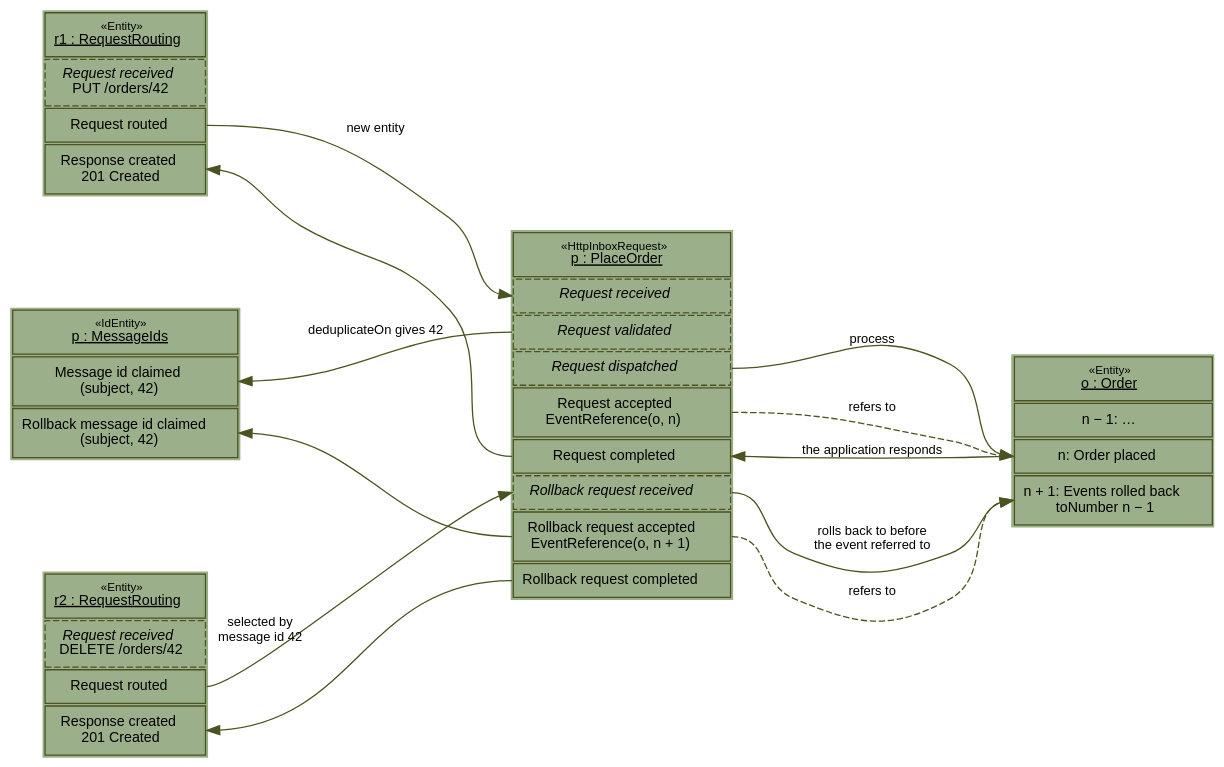
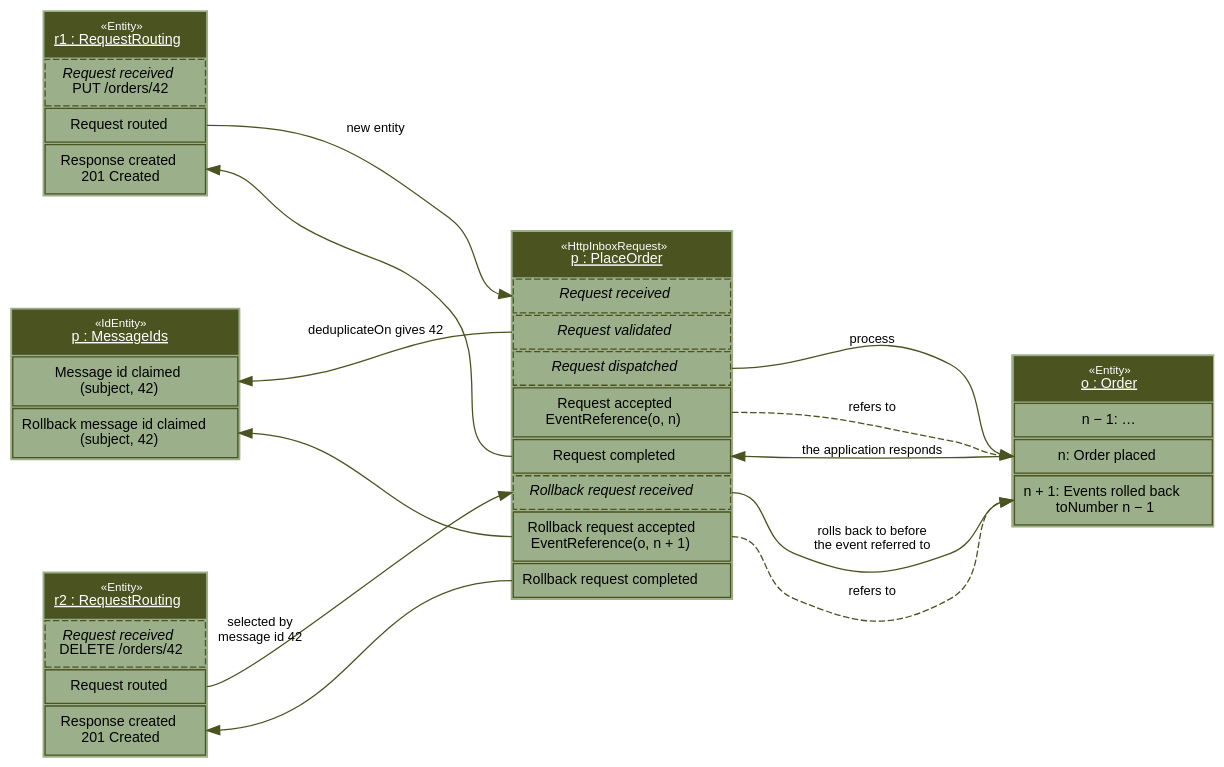
The diagram in doc-diagrams/src/main/resources/com/github/thxmasj/backend/docdiagrams/http-inbox-rollback.dot (the-backend-project/tits), drawn with Graphviz before and after one commit.

Commit message:
Set the headers of the rollback diagram apart from the events
The header of each entity in the rollback diagram is filled with the
colour of the borders, in white, so that it stands out from the events
under it.

```diff
--- a/doc-diagrams/src/main/resources/com/github/thxmasj/backend/docdiagrams/http-inbox-rollback.dot
+++ b/doc-diagrams/src/main/resources/com/github/thxmasj/backend/docdiagrams/http-inbox-rollback.dot
@@ -1,72 +1,72 @@
 // How a rollback finds a request of an inbox request, and the events the request caused on the application. Each
 // entity is a stack of its events, oldest on top, under its entity id and entity model in UML object notation, with
 // the kind of entity as a stereotype. An event with a dashed border, in italics, leads to a choice, and is not stored:
 // only the event of the chosen transition is. Solid arrows are triggers, dashed arrows event references. The colours
-// are those of the other diagrams.
+// are those of the other diagrams, with the headers in the colour of the borders.
 digraph rollback {
   graph [rankdir=LR, nodesep=0.6, ranksep=1.3, fontname="Helvetica", bgcolor="transparent"]
   node [shape=plain, fontname="Helvetica", fontsize=11]
   edge [fontname="Helvetica", fontsize=10, color="#4b5320", fontcolor="#000000"]
 
   put [label=<
     <table border="0" cellborder="1" cellspacing="2" cellpadding="6" bgcolor="#9bb08a" color="#4b5320">
-      <tr><td><font point-size="9">«Entity»</font><br/><u>r1 : RequestRouting</u></td></tr>
+      <tr><td bgcolor="#4b5320"><font color="#ffffff"><font point-size="9">«Entity»</font><br/><u>r1 : RequestRouting</u></font></td></tr>
       <tr><td port="received" style="dashed"><i>Request received</i><br/>PUT /orders/42</td></tr>
       <tr><td port="routed">Request routed</td></tr>
       <tr><td port="response">Response created<br/>201 Created</td></tr>
     </table>>]
 
   delete [label=<
     <table border="0" cellborder="1" cellspacing="2" cellpadding="6" bgcolor="#9bb08a" color="#4b5320">
-      <tr><td><font point-size="9">«Entity»</font><br/><u>r2 : RequestRouting</u></td></tr>
+      <tr><td bgcolor="#4b5320"><font color="#ffffff"><font point-size="9">«Entity»</font><br/><u>r2 : RequestRouting</u></font></td></tr>
       <tr><td port="received" style="dashed"><i>Request received</i><br/>DELETE /orders/42</td></tr>
       <tr><td port="routed">Request routed</td></tr>
       <tr><td port="response">Response created<br/>201 Created</td></tr>
     </table>>]
 
   request [label=<
     <table border="0" cellborder="1" cellspacing="2" cellpadding="6" bgcolor="#9bb08a" color="#4b5320">
-      <tr><td port="header"><font point-size="9">«HttpInboxRequest»</font><br/><u>p : PlaceOrder</u></td></tr>
+      <tr><td port="header" bgcolor="#4b5320"><font color="#ffffff"><font point-size="9">«HttpInboxRequest»</font><br/><u>p : PlaceOrder</u></font></td></tr>
       <tr><td port="received" style="dashed"><i>Request received</i></td></tr>
       <tr><td port="claim" style="dashed"><i>Request validated</i></td></tr>
       <tr><td port="dispatched" style="dashed"><i>Request dispatched</i></td></tr>
       <tr><td port="accepted">Request accepted<br/>EventReference(o, n)</td></tr>
       <tr><td port="completed">Request completed</td></tr>
       <tr><td port="rb_received" style="dashed"><i>Rollback request received</i></td></tr>
       <tr><td port="rb_accepted">Rollback request accepted<br/>EventReference(o, n + 1)</td></tr>
       <tr><td port="rb_completed">Rollback request completed</td></tr>
     </table>>]
 
   ids [label=<
     <table border="0" cellborder="1" cellspacing="2" cellpadding="6" bgcolor="#9bb08a" color="#4b5320">
-      <tr><td port="header"><font point-size="9">«IdEntity»</font><br/><u>p : MessageIds</u></td></tr>
+      <tr><td port="header" bgcolor="#4b5320"><font color="#ffffff"><font point-size="9">«IdEntity»</font><br/><u>p : MessageIds</u></font></td></tr>
       <tr><td port="claimed">Message id claimed<br/>(subject, 42)</td></tr>
       <tr><td port="rb_claimed">Rollback message id claimed<br/>(subject, 42)</td></tr>
     </table>>]
 
   order [label=<
     <table border="0" cellborder="1" cellspacing="2" cellpadding="6" bgcolor="#9bb08a" color="#4b5320">
-      <tr><td><font point-size="9">«Entity»</font><br/><u>o : Order</u></td></tr>
+      <tr><td bgcolor="#4b5320"><font color="#ffffff"><font point-size="9">«Entity»</font><br/><u>o : Order</u></font></td></tr>
       <tr><td port="before">n − 1: …</td></tr>
       <tr><td port="placed">n: Order placed</td></tr>
       <tr><td port="rolled_back">n + 1: Events rolled back<br/>toNumber n − 1</td></tr>
     </table>>]
 
   // Triggers
   put:routed:e -> request:received:w [label="new entity"]
   delete:routed:e -> request:rb_received:w [taillabel="selected by\nmessage id 42", labelangle=30, labeldistance=6]
   request:dispatched:e -> order:placed:w [label="process"]
   request:rb_received:e -> order:rolled_back:w [label="rolls back to before\nthe event referred to"]
   // Triggers against the direction of the layout are drawn reversed, so that they don't loop around the stacks
   request:completed:e -> order:placed:w [dir=back, label="the application responds"]
   put:response:e -> request:completed:w [dir=back]
   ids:claimed:e -> request:claim:w [dir=back, label="deduplicateOn gives 42"]
   ids:rb_claimed:e -> request:rb_accepted:w [dir=back]
   delete:response:e -> request:rb_completed:w [dir=back]
 
   // Event references
   request:accepted:e -> order:placed:w [style=dashed, label="refers to"]
   request:rb_accepted:e -> order:rolled_back:w [style=dashed, label="refers to"]
 
   {rank=same; put -> ids -> delete [style=invis]}
 }
```
